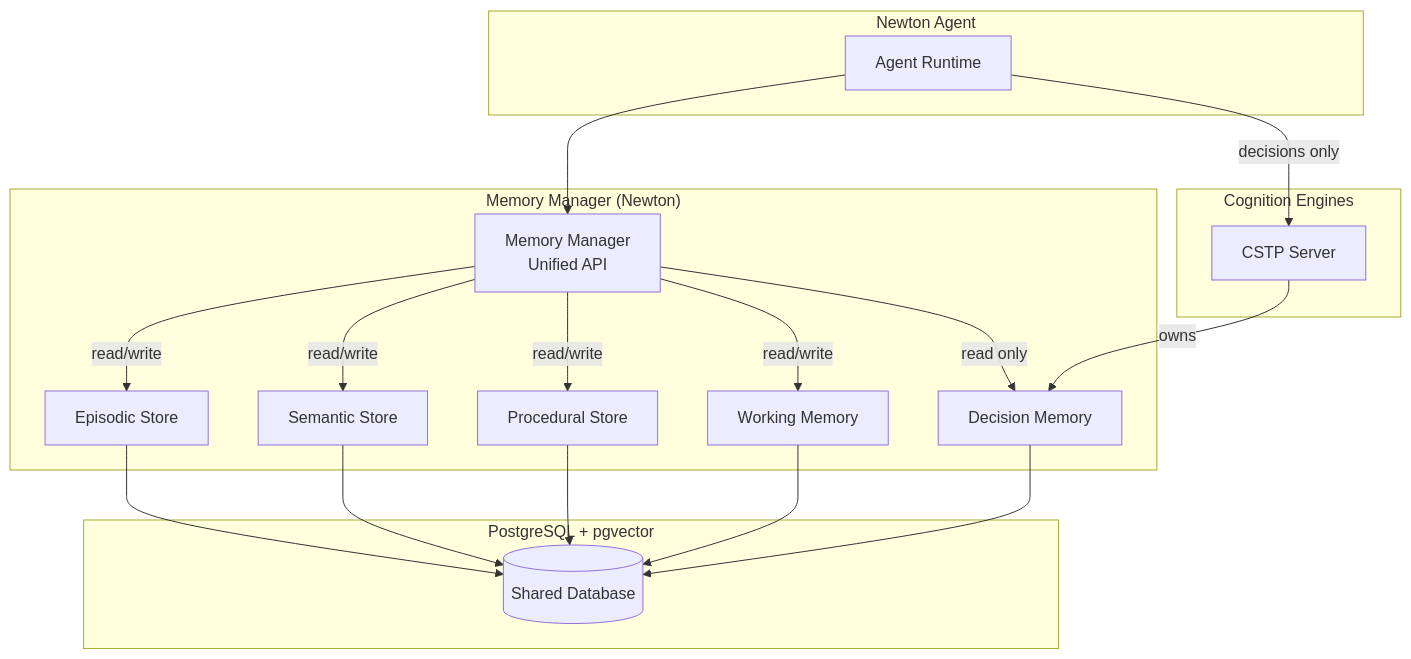
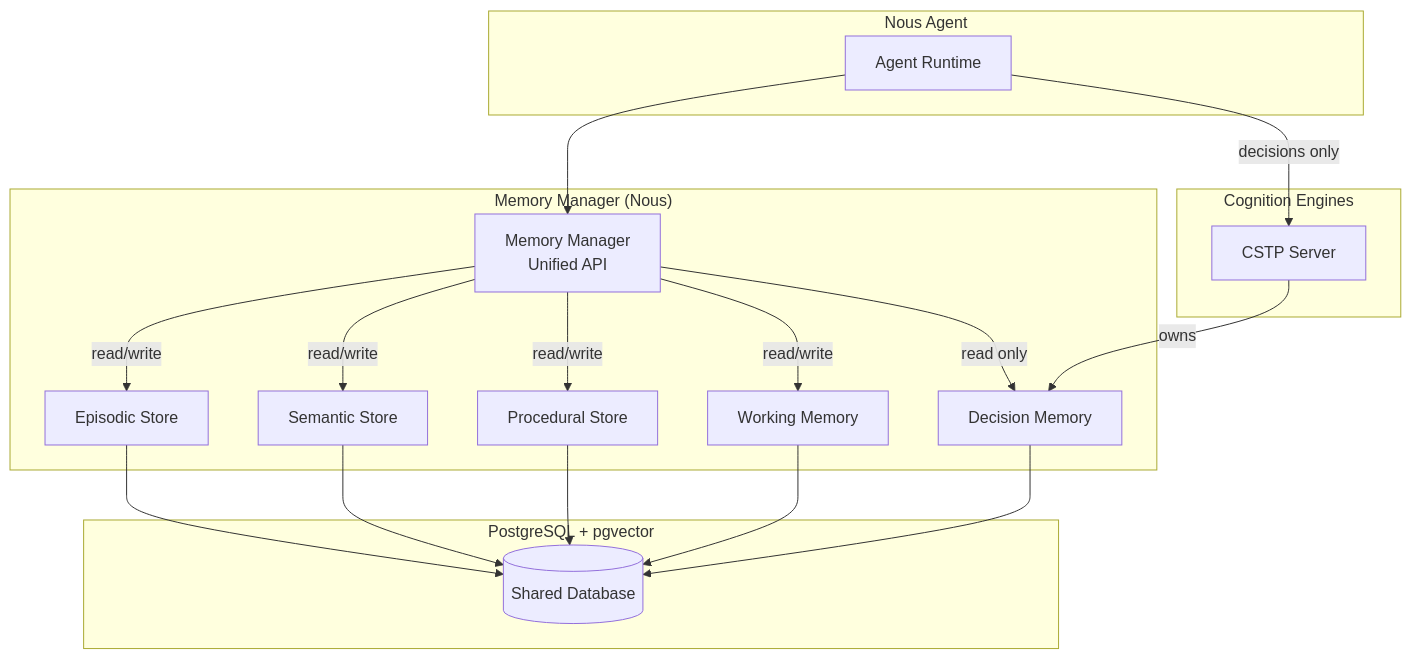
Before and after one commit to tfatykhov/newton: the first of 4 diagrams in docs/research/007-memory-integration.md, drawn with Mermaid. The commit also changed other lines of this file and 19 other files, not shown here.

First line of the commit message:
rename: Newton → Nous

````diff
--- a/docs/research/007-memory-integration.md
+++ b/docs/research/007-memory-integration.md
@@ -17,32 +17,32 @@
 ```mermaid
 graph TB
-    subgraph "Newton Agent"
+    subgraph "Nous Agent"
         AGENT[Agent Runtime]
     end
 
-    subgraph "Memory Manager (Newton)"
+    subgraph "Memory Manager (Nous)"
         MM[Memory Manager<br/>Unified API]
         MM --> |read/write| EP[Episodic Store]
         MM --> |read/write| SM[Semantic Store]
         MM --> |read/write| PR[Procedural Store]
         MM --> |read/write| WM[Working Memory]
         MM --> |read only| DM[Decision Memory]
     end
 
     subgraph "Cognition Engines"
         CE[CSTP Server]
         CE --> |owns| DM
     end
 
     subgraph "PostgreSQL + pgvector"
         PG[(Shared Database)]
         EP --> PG
         SM --> PG
         PR --> PG
         WM --> PG
         DM --> PG
     end
 
     AGENT --> MM
     AGENT --> |decisions only| CE
 ```
````
